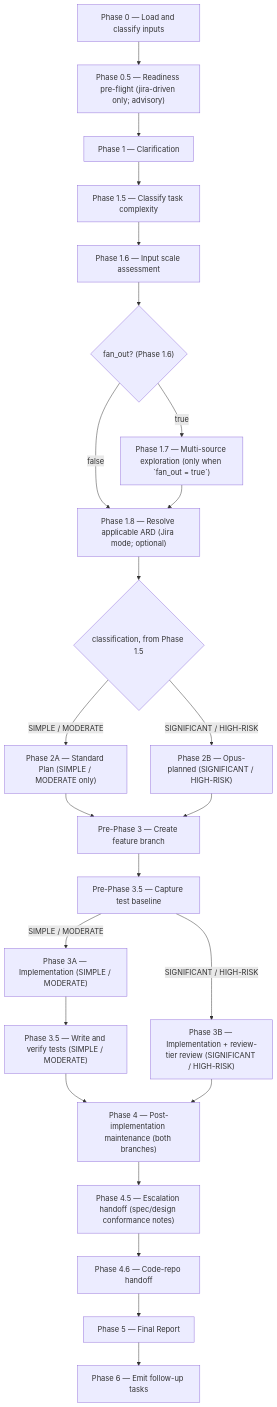
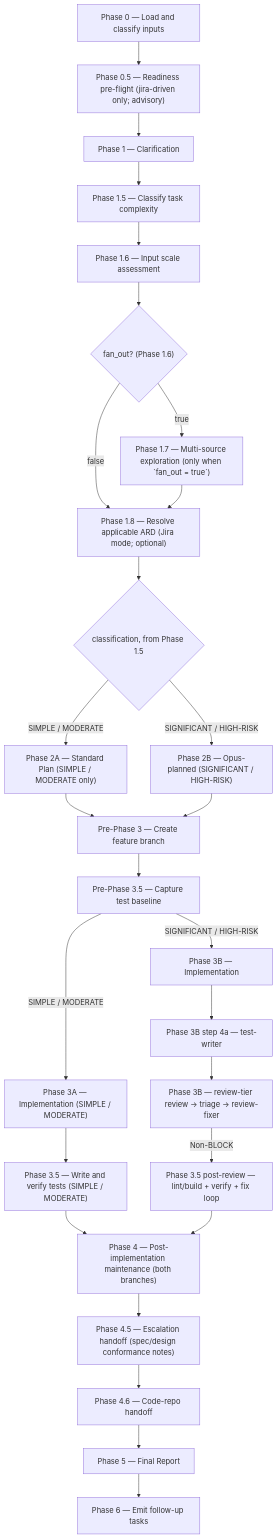
The diagram in dev-workflows/docs/skills/implement.md (ihudak/ihudak-copilot-plugins), drawn with Mermaid before and after one commit. The commit also changed other lines of this file and 20 other files, not shown here.

First line of the commit message:
fix: workflow contracts — baseliner rows, release-note gap kinds, diagrams

````diff
--- a/dev-workflows/docs/skills/implement.md
+++ b/dev-workflows/docs/skills/implement.md
@@ -19,26 +19,29 @@
 ```mermaid
 flowchart TD
     p0["Phase 0 — Load and classify inputs"] --> p05["Phase 0.5 — Readiness pre-flight (jira-driven only; advisory)"]
     p05 --> p1["Phase 1 — Clarification"]
     p1 --> p15["Phase 1.5 — Classify task complexity"]
     p15 --> p16["Phase 1.6 — Input scale assessment"]
     p16 --> d1{"fan_out? (Phase 1.6)"}
     d1 -- "true" --> p17["Phase 1.7 — Multi-source exploration (only when `fan_out = true`)"]
     d1 -- "false" --> p18["Phase 1.8 — Resolve applicable ARD (Jira mode; optional)"]
     p17 --> p18
     p18 --> d2{"classification, from Phase 1.5"}
     d2 -- "SIMPLE / MODERATE" --> p2a["Phase 2A — Standard Plan (SIMPLE / MODERATE only)"]
     d2 -- "SIGNIFICANT / HIGH-RISK" --> p2b["Phase 2B — Opus-planned (SIGNIFICANT / HIGH-RISK)"]
     p2a --> prep3["Pre-Phase 3 — Create feature branch"]
     p2b --> prep3
     prep3 --> prep35["Pre-Phase 3.5 — Capture test baseline"]
     prep35 -- "SIMPLE / MODERATE" --> p3a["Phase 3A — Implementation (SIMPLE / MODERATE)"]
-    prep35 -- "SIGNIFICANT / HIGH-RISK" --> p3b["Phase 3B — Implementation + review-tier review (SIGNIFICANT / HIGH-RISK)"]
+    prep35 -- "SIGNIFICANT / HIGH-RISK" --> p3b["Phase 3B — Implementation"]
+    p3b --> tw["Phase 3B step 4a — test-writer"]
+    tw --> rv["Phase 3B — review-tier review → triage → review-fixer"]
     p3a --> p35["Phase 3.5 — Write and verify tests (SIMPLE / MODERATE)"]
     p35 --> p4["Phase 4 — Post-implementation maintenance (both branches)"]
-    p3b --> p4
+    rv -->|Non-BLOCK| verify["Phase 3.5 post-review — lint/build + verify + fix loop"]
+    verify --> p4
     p4 --> p45["Phase 4.5 — Escalation handoff (spec/design conformance notes)"]
     p45 --> p46["Phase 4.6 — Code-repo handoff"]
     p46 --> p5["Phase 5 — Final Report"]
     p5 --> p6["Phase 6 — Emit follow-up tasks"]
 ```
````
